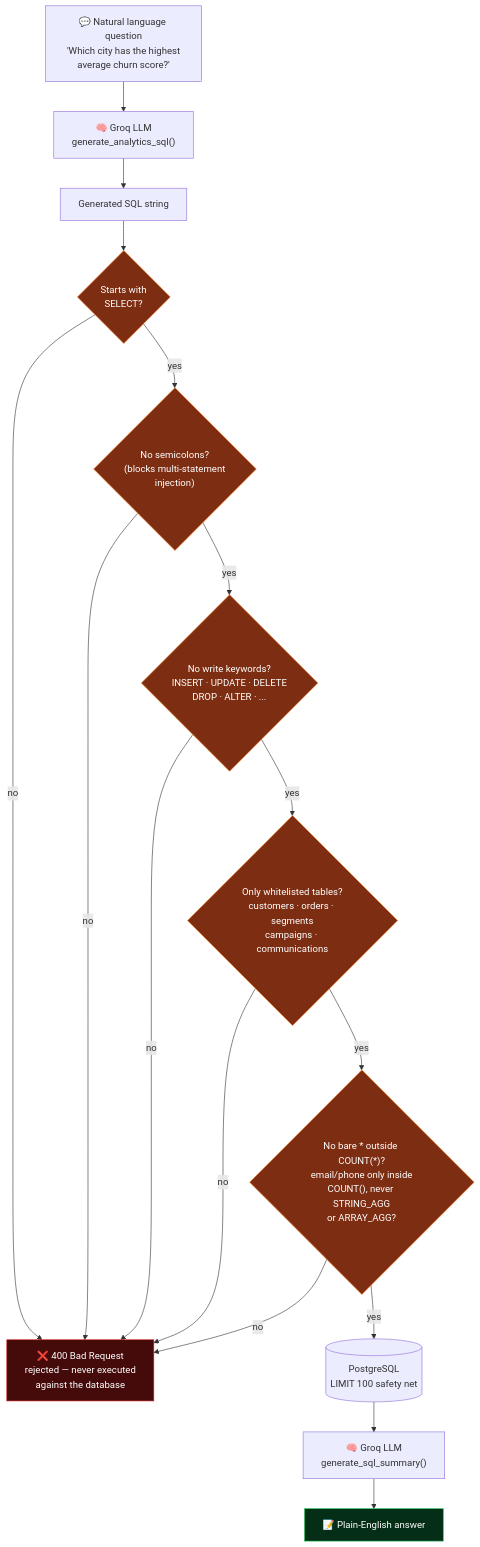
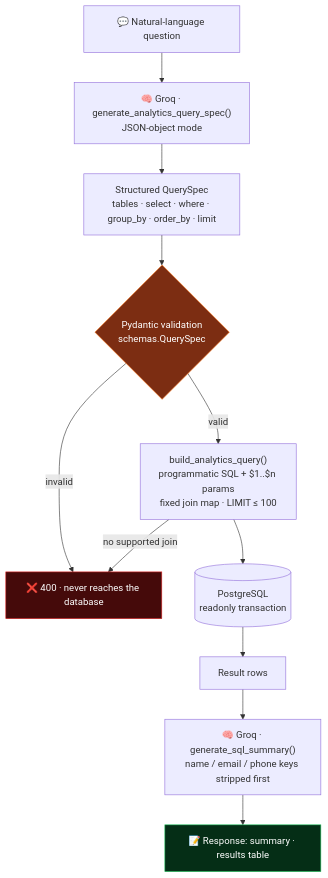
One commit to Debasish65368/brewco-crm changed the fourth of 9 diagrams in README.md. Above: the diagram before and after it, drawn with Mermaid. The commit also changed other lines of this file, not shown here.

````diff
--- a/README.md
+++ b/README.md
@@ -280,38 +198,23 @@
 ```mermaid
 flowchart TB
-    Q["💬 Natural language question\n'Which city has the highest\naverage churn score?'"]
-    LLM1["🧠 Groq LLM\ngenerate_analytics_sql()"]
-    SQL["Generated SQL string"]
+    Q["💬 Natural-language question"]
+    L1["🧠 Groq · generate_analytics_query_spec()<br/>JSON-object mode"]
+    Spec["Structured QuerySpec<br/>tables · select · where · group_by · order_by · limit"]
+    V{"Pydantic validation<br/>schemas.QuerySpec"}
+    Rej["❌ 400 · never reaches the database"]
+    B["build_analytics_query()<br/>programmatic SQL + $1..$n params<br/>fixed join map · LIMIT ≤ 100"]
+    X[("PostgreSQL<br/>readonly transaction")]
+    Res["Result rows"]
+    S["🧠 Groq · generate_sql_summary()<br/>name / email / phone keys stripped first"]
+    Out["📝 Response: summary · results table"]
 
-    C1{"Starts with\nSELECT?"}
-    C2{"No semicolons?\n(blocks multi-statement\ninjection)"}
-    C3{"No write keywords?\nINSERT · UPDATE · DELETE\nDROP · ALTER · ..."}
-    C4{"Only whitelisted tables?\ncustomers · orders · segments\ncampaigns · communications"}
-    C5{"No bare * outside COUNT(*)?\nemail/phone only inside\nCOUNT(), never STRING_AGG\nor ARRAY_AGG?"}
+    Q --> L1 --> Spec --> V
+    V -- "invalid" --> Rej
+    V -- "valid" --> B
+    B -- "no supported join" --> Rej
+    B --> X --> Res --> S --> Out
 
-    Reject["❌ 400 Bad Request\nrejected — never executed\nagainst the database"]
-    DB[("PostgreSQL\nLIMIT 100 safety net")]
-    LLM2["🧠 Groq LLM\ngenerate_sql_summary()"]
-    A["📝 Plain-English answer"]
-
-    Q --> LLM1 --> SQL --> C1
-    C1 -- yes --> C2
-    C1 -- no --> Reject
-    C2 -- yes --> C3
-    C2 -- no --> Reject
-    C3 -- yes --> C4
-    C3 -- no --> Reject
-    C4 -- yes --> C5
-    C4 -- no --> Reject
-    C5 -- yes --> DB
-    C5 -- no --> Reject
-    DB --> LLM2 --> A
-
-    style Reject fill:#450a0a,color:#fff,stroke:#dc2626
-    style A fill:#052e16,color:#fff,stroke:#22c55e
-    style C1 fill:#7c2d12,color:#fff,stroke:#f97316
-    style C2 fill:#7c2d12,color:#fff,stroke:#f97316
-    style C3 fill:#7c2d12,color:#fff,stroke:#f97316
-    style C4 fill:#7c2d12,color:#fff,stroke:#f97316
-    style C5 fill:#7c2d12,color:#fff,stroke:#f97316
+    style Rej fill:#450a0a,color:#fff,stroke:#dc2626
+    style V fill:#7c2d12,color:#fff,stroke:#f97316
+    style Out fill:#052e16,color:#fff,stroke:#22c55e
 ```
````
